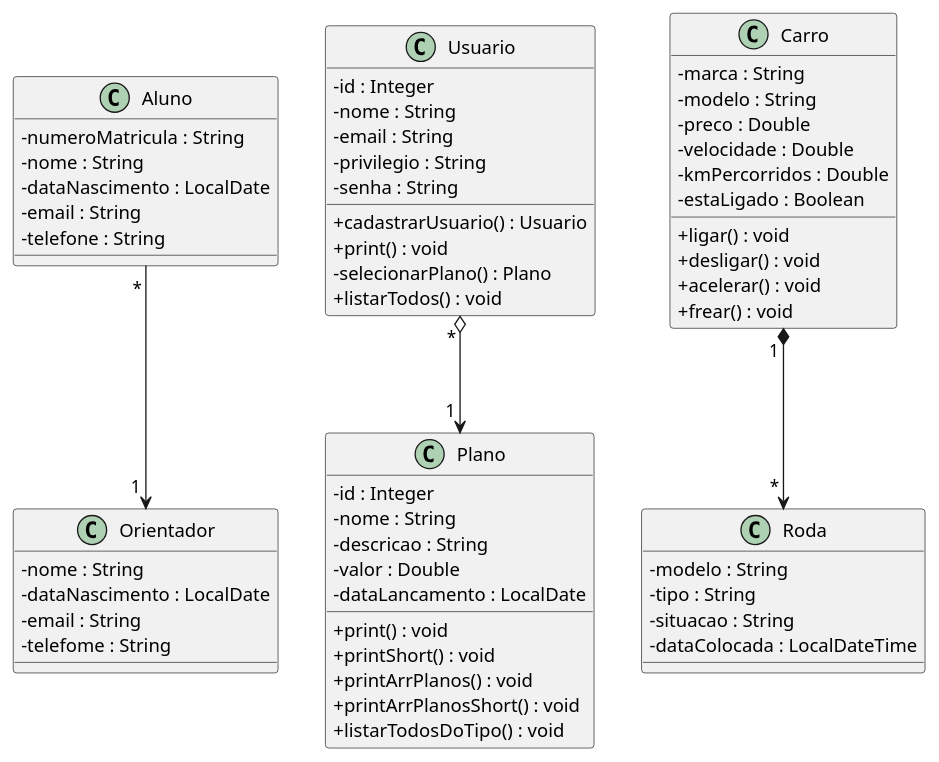
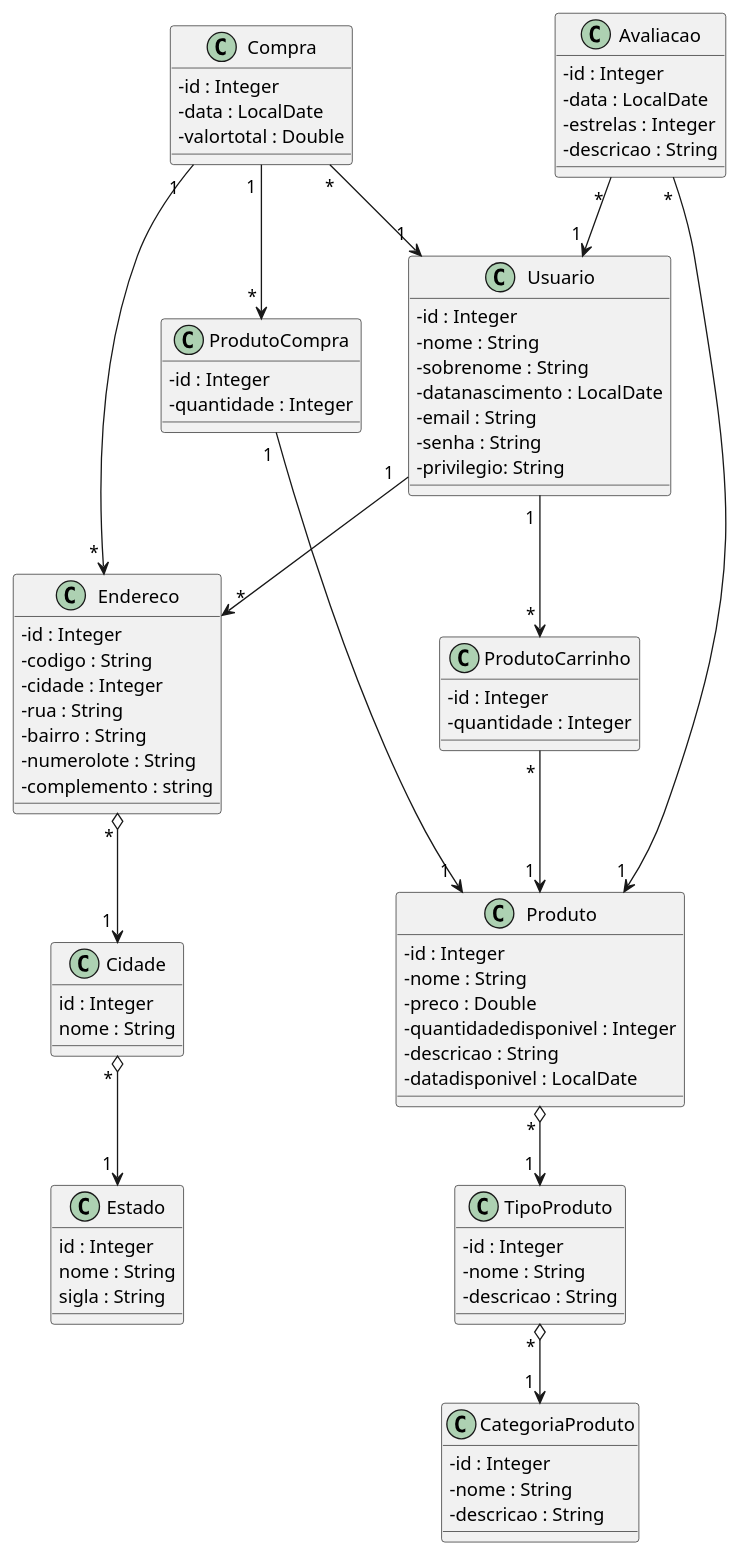
Before and after one commit to bealfredo/tp-floricultura-quarkus: the diagram in exemplo.plantuml, drawn with PlantUML. The commit also changed 6 other files, not shown here.

Commit message:
Plantuml ok?

```diff
--- a/exemplo.plantuml
+++ b/exemplo.plantuml
@@ -1,76 +1,115 @@
-@startuml Trabalho03
+@startuml TrabalhoTopicos
 skinparam classAttributeIconSize 0
-
-class Aluno {
-  - numeroMatricula : String
-  - nome : String
-  - dataNascimento : LocalDate
-  - email : String
-  - telefone : String
-}
-
-class Orientador {
-  - nome : String
-  - dataNascimento : LocalDate
-  - email : String
-  - telefome : String
-}
 
 class Usuario {
   - id : Integer
   - nome : String
+  - sobrenome : String
+  - datanascimento : LocalDate
   - email : String
-  - privilegio : String
   - senha : String
-  + cadastrarUsuario() : Usuario
-  + print() : void
-  - selecionarPlano() : Plano
-  + listarTodos() : void
+  - privilegio: String
 }
 
-class Plano {
+
+
+
+class Endereco {
+  - id : Integer
+  - codigo : String
+  - cidade : Integer
+  - rua : String
+  - bairro : String
+  - numerolote : String
+  - complemento : string
+}
+
+class Estado {
+  id : Integer
+  nome : String
+  sigla : String
+}
+
+class Cidade {
+  id : Integer
+  nome : String
+}
+
+
+class CategoriaProduto {
   - id : Integer
   - nome : String
   - descricao : String
-  - valor : Double
-  - dataLancamento : LocalDate
-
-  + print() : void
-  + printShort() : void
-  + printArrPlanos() : void
-  + printArrPlanosShort() : void
-  + listarTodosDoTipo() : void
 }
 
-class Carro {
-  - marca : String
-  - modelo : String
-  - preco : Double
-  - velocidade : Double
-  - kmPercorridos : Double
-  - estaLigado : Boolean
-
-  + ligar() : void
-  + desligar() : void
-  + acelerar() : void
-  + frear() : void
+class TipoProduto {
+  - id : Integer
+  ' - categoriaproduto : Integer
+  - nome : String
+  - descricao : String
 }
 
-class Roda {
-  - modelo : String
-  - tipo : String
-  - situacao : String
-  - dataColocada : LocalDateTime
+class Produto {
+  - id : Integer
+  - nome : String
+  ' - tipo : Integer
+  - preco : Double
+  - quantidadedisponivel : Integer
+  - descricao : String
+  - datadisponivel : LocalDate
 }
 
-Aluno " * " --> " 1 " Orientador : "          "
-Usuario " * " o--> " 1 " Plano : "          "
-Carro " 1 " *--> " * " Roda : "          "
+class Avaliacao {
+  - id : Integer
+  - data : LocalDate
+  - estrelas : Integer
+  - descricao : String
+}
 
+' class Carrinho {
+'   - id : String
+' }
 
-' conta e plano
-' usuario e plano
-' casa e garagem
-' estado e pais
+class ProdutoCarrinho {
+  - id : Integer
+  ' - produto : Integer
+  ' - usuario : Integer
+  - quantidade : Integer
+}
+
+class Compra {
+  - id : Integer
+  - data : LocalDate
+  ' - enderecoentrega : String
+  - valortotal : Double
+}
+
+class ProdutoCompra {
+  - id : Integer
+  ' - produto : Integer
+  ' - compra : Integer
+  - quantidade : Integer
+}
+
+Avaliacao " * " --> " 1 " Produto
+Avaliacao " * " --> " 1 " Usuario
+Cidade " * " o--> " 1 " Estado
+Endereco " * " o--> " 1 " Cidade
+Usuario " 1 " --> " * " Endereco
+
+Usuario " 1 " --> " * " ProdutoCarrinho
+ProdutoCarrinho " * " -->  " 1 " Produto
+
+Compra " * " --> " 1 " Usuario
+Compra " 1 " --> " * " ProdutoCompra
+Compra " 1 " --> " * " Endereco
+ProdutoCompra " 1 " --> " 1 " Produto
+
+Produto " * " o--> " 1 " TipoProduto
+TipoProduto " * " o--> " 1 " CategoriaProduto
+
+' Aluno " * " --> " 1 " Orientador : "          "
+' Usuario " * " o--> " 1 " Plano : "          "
+' Carro " 1 " *--> " * " Roda : "          "
 
 @enduml
```
